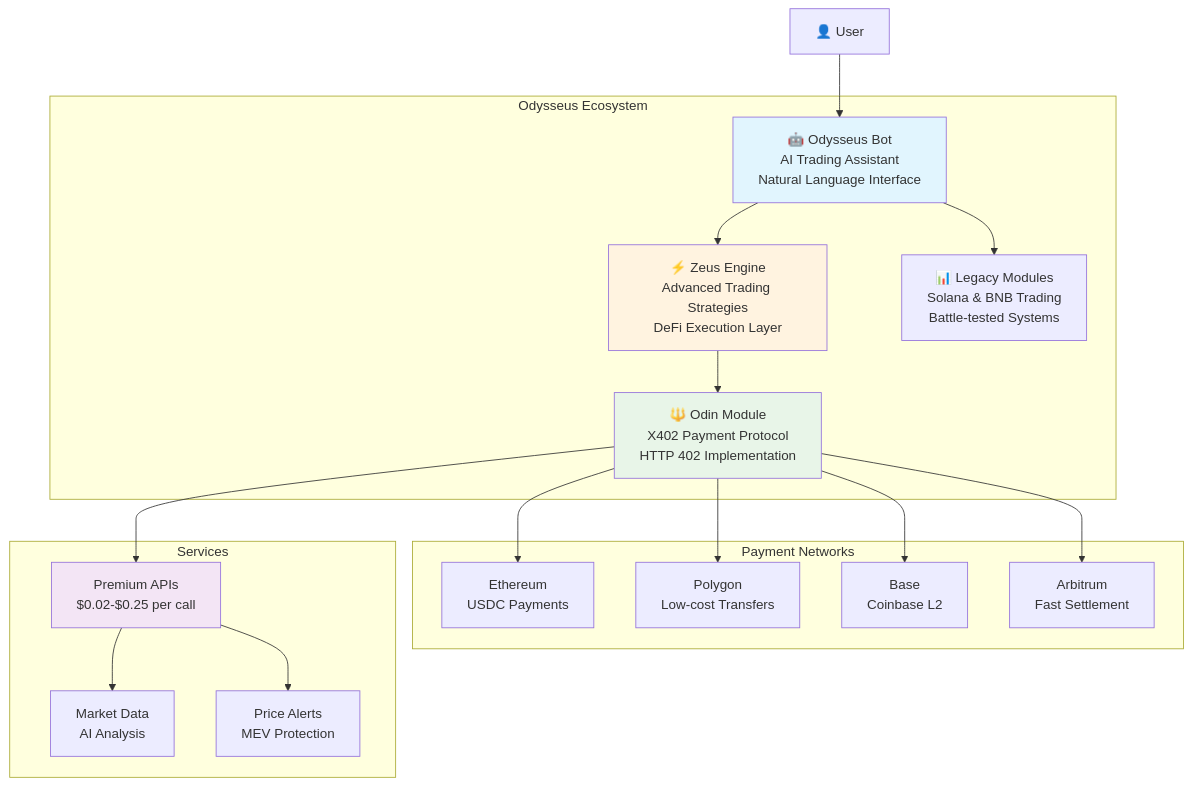
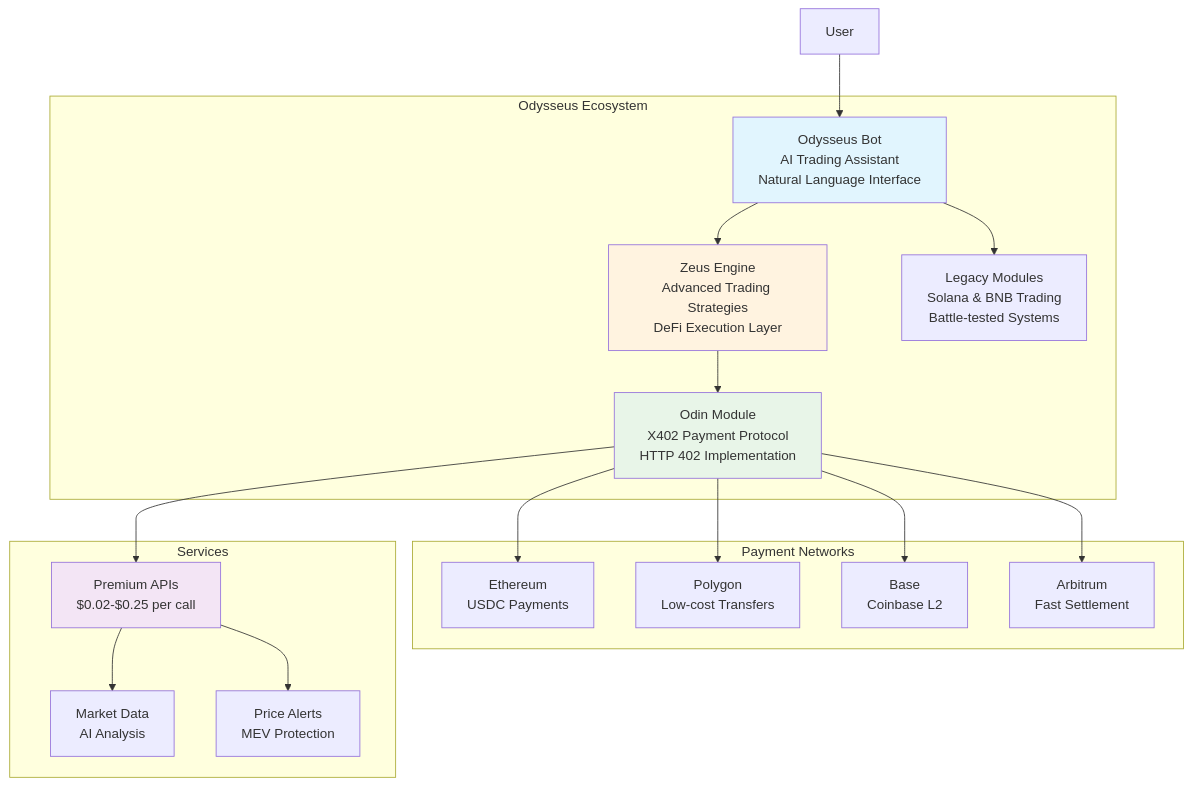
One commit to jconstantine627752-maker/Odysseus changed the first of 9 diagrams in README.md. Above: the diagram before and after it, drawn with Mermaid. The commit also changed other lines of this file, not shown here.

````diff
--- a/README.md
+++ b/README.md
@@ -11,41 +11,41 @@
 ```mermaid
 graph TB
     subgraph "Odysseus Ecosystem"
-        BOT[🤖 Odysseus Bot<br/>AI Trading Assistant<br/>Natural Language Interface]
-        ZEUS[⚡ Zeus Engine<br/>Advanced Trading Strategies<br/>DeFi Execution Layer]
-        ODIN[🔱 Odin Module<br/>X402 Payment Protocol<br/>HTTP 402 Implementation]
-        LEGACY[📊 Legacy Modules<br/>Solana & BNB Trading<br/>Battle-tested Systems]
+        BOT[Odysseus Bot<br/>AI Trading Assistant<br/>Natural Language Interface]
+        ZEUS[Zeus Engine<br/>Advanced Trading Strategies<br/>DeFi Execution Layer]
+        ODIN[Odin Module<br/>X402 Payment Protocol<br/>HTTP 402 Implementation]
+        LEGACY[Legacy Modules<br/>Solana & BNB Trading<br/>Battle-tested Systems]
     end
     
     subgraph "Payment Networks"
         ETH[Ethereum<br/>USDC Payments]
         POLY[Polygon<br/>Low-cost Transfers]
         BASE[Base<br/>Coinbase L2]
         ARB[Arbitrum<br/>Fast Settlement]
     end
     
     subgraph "Services"
         API[Premium APIs<br/>$0.02-$0.25 per call]
         DATA[Market Data<br/>AI Analysis]
         ALERTS[Price Alerts<br/>MEV Protection]
     end
     
-    USER[👤 User] --> BOT
+    USER[User] --> BOT
     BOT --> ZEUS
     ZEUS --> ODIN
     ODIN --> API
     API --> DATA
     API --> ALERTS
     
     ODIN --> ETH
     ODIN --> POLY
     ODIN --> BASE
     ODIN --> ARB
     
     BOT --> LEGACY
     
     style BOT fill:#e1f5fe
     style ZEUS fill:#fff3e0
     style ODIN fill:#e8f5e8
     style API fill:#f3e5f5
 ```
````
